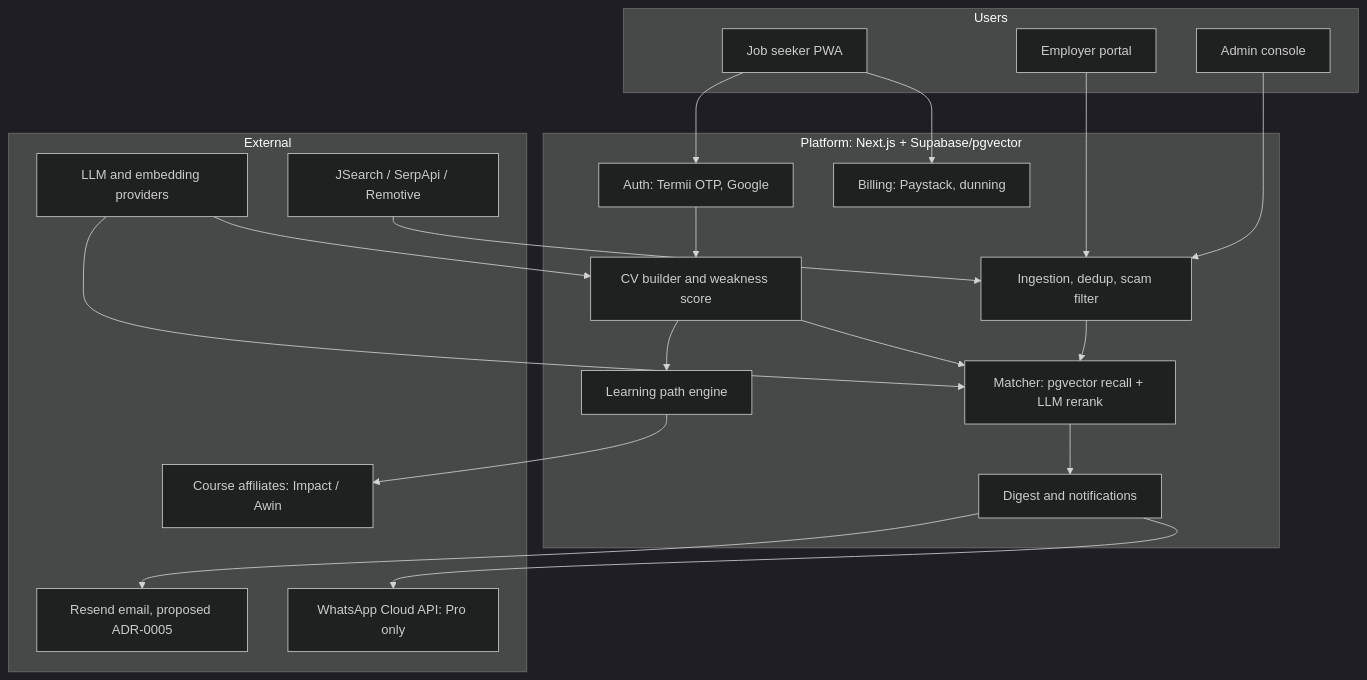
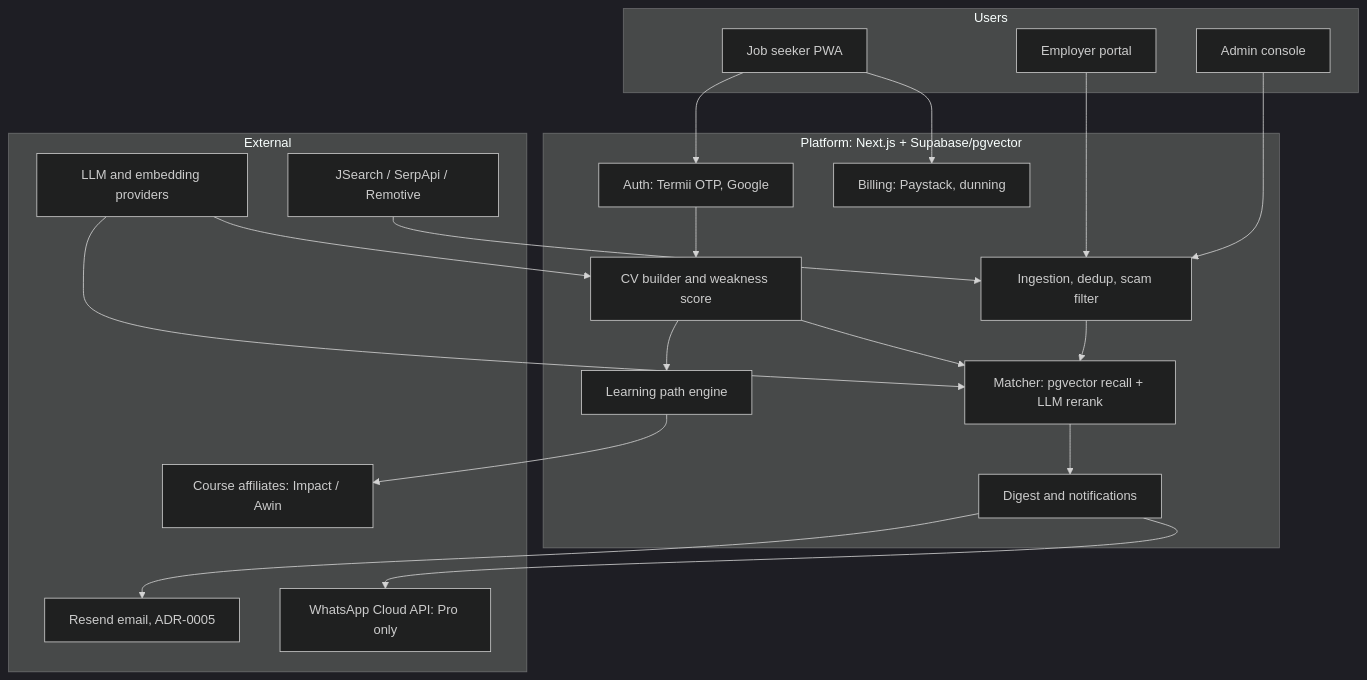
Before and after one commit to soundn/buildyourvalue: the second of 2 diagrams in docs/BRD.md, drawn with Mermaid (dark theme). The commit also changed other lines of this file and 17 other files, not shown here.

````diff
--- a/docs/BRD.md
+++ b/docs/BRD.md
@@ -199,34 +199,34 @@
 ```mermaid
 flowchart TB
     subgraph Users
         U1[Job seeker PWA]
         U2[Employer portal]
         U3[Admin console]
     end
     subgraph Core["Platform: Next.js + Supabase/pgvector"]
         P1[Auth: Termii OTP, Google]
         P2[CV builder and weakness score]
         P3[Ingestion, dedup, scam filter]
         P4[Matcher: pgvector recall + LLM rerank]
         P5[Learning path engine]
         P6[Billing: Paystack, dunning]
         P7[Digest and notifications]
     end
     subgraph External
         X1[JSearch / SerpApi / Remotive]
         X2[LLM and embedding providers]
-        X3[Resend email, proposed ADR-0005]
+        X3[Resend email, ADR-0005]
         X4[WhatsApp Cloud API: Pro only]
         X5[Course affiliates: Impact / Awin]
     end
     U1 --> P1 --> P2 --> P4 --> P7
     X1 --> P3 --> P4
     P2 --> P5 --> X5
     X2 --> P2
     X2 --> P4
     P7 --> X3
     P7 --> X4
     U1 --> P6
     U2 --> P3
     U3 --> P3
 ```
````
